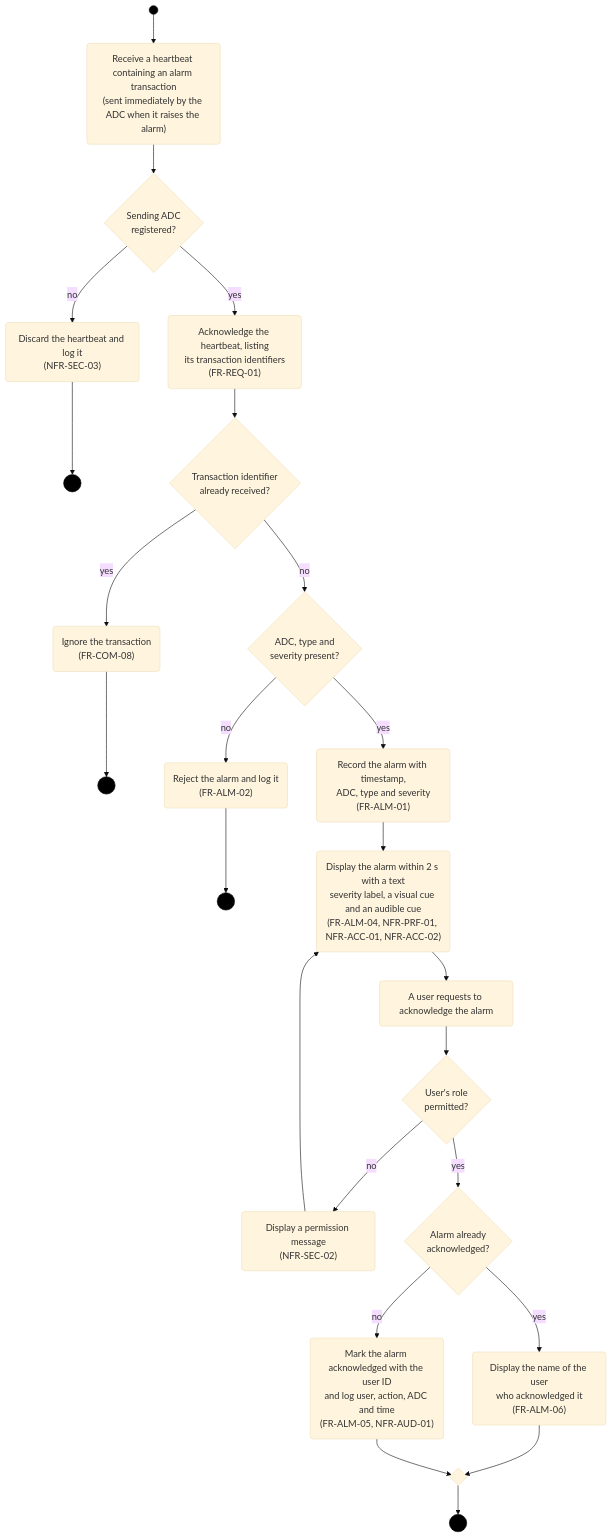
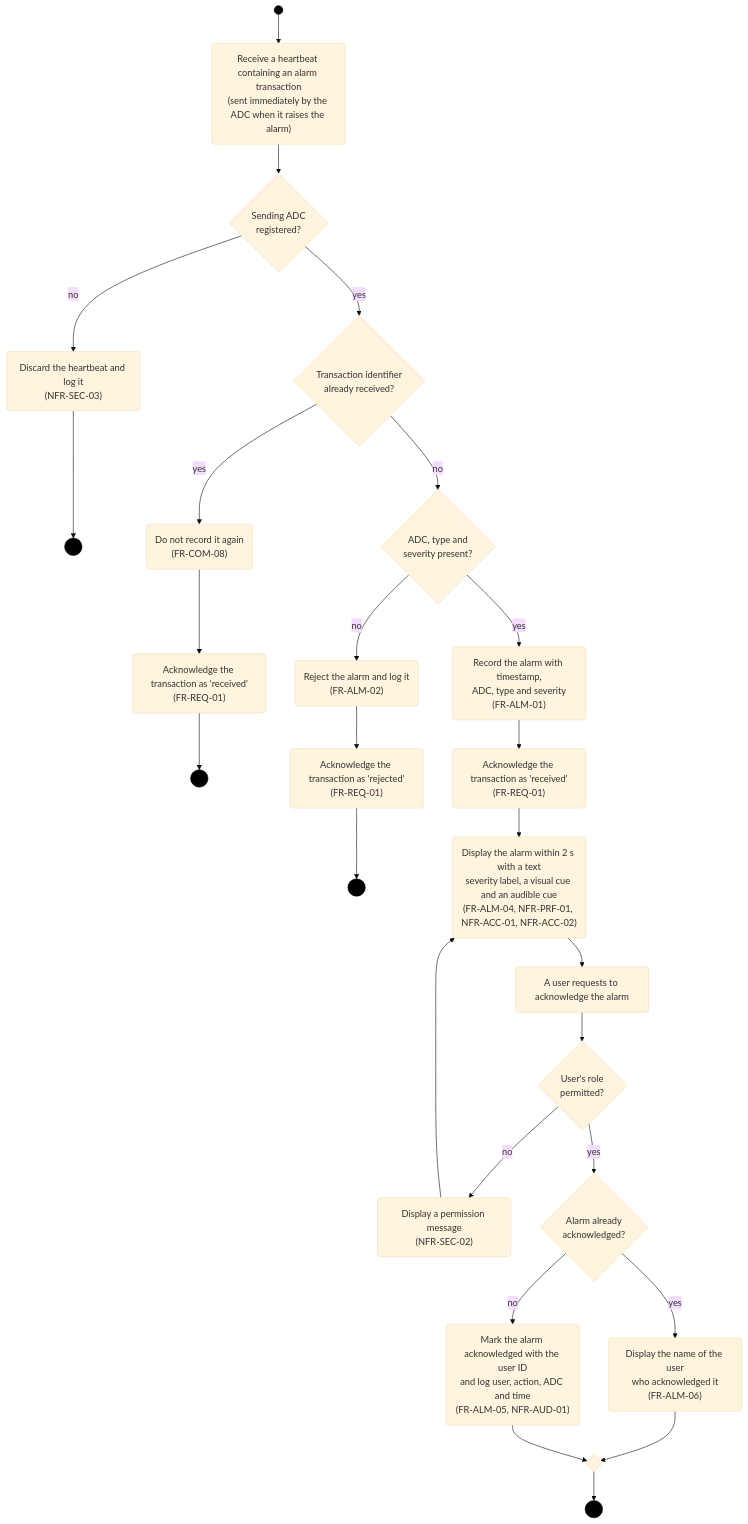
The second of 4 diagrams in docs/part-b/diagrams/activity-diagram.md (LukaMrt/3K04-project), drawn with Mermaid (base theme) before and after one commit. The commit also changed 4 other files, not shown here.

````diff
--- a/docs/part-b/diagrams/activity-diagram.md
+++ b/docs/part-b/diagrams/activity-diagram.md
@@ -33,31 +33,33 @@
 ```mermaid
 flowchart TD
     Start((" ")) --> Receive("Receive a heartbeat containing an alarm transaction<br/>(sent immediately by the ADC when it raises the alarm)")
     Receive --> Registered{"Sending ADC<br/>registered?"}
     Registered -- "no" --> Discard("Discard the heartbeat and log it<br/>(NFR-SEC-03)")
     Discard --> EndA(((" ")))
-    Registered -- "yes" --> Ack("Acknowledge the heartbeat, listing<br/>its transaction identifiers<br/>(FR-REQ-01)")
-    Ack --> Duplicate{"Transaction identifier<br/>already received?"}
-    Duplicate -- "yes" --> Ignore("Ignore the transaction<br/>(FR-COM-08)")
-    Ignore --> EndB(((" ")))
+    Registered -- "yes" --> Duplicate{"Transaction identifier<br/>already received?"}
+    Duplicate -- "yes" --> Skip("Do not record it again<br/>(FR-COM-08)")
+    Skip --> AckDup("Acknowledge the transaction as 'received'<br/>(FR-REQ-01)")
+    AckDup --> EndB(((" ")))
     Duplicate -- "no" --> Complete{"ADC, type and<br/>severity present?"}
     Complete -- "no" --> Reject("Reject the alarm and log it<br/>(FR-ALM-02)")
-    Reject --> EndC(((" ")))
+    Reject --> AckRej("Acknowledge the transaction as 'rejected'<br/>(FR-REQ-01)")
+    AckRej --> EndC(((" ")))
     Complete -- "yes" --> Record("Record the alarm with timestamp,<br/>ADC, type and severity<br/>(FR-ALM-01)")
-    Record --> Display("Display the alarm within 2 s with a text<br/>severity label, a visual cue and an audible cue<br/>(FR-ALM-04, NFR-PRF-01, NFR-ACC-01, NFR-ACC-02)")
+    Record --> AckOk("Acknowledge the transaction as 'received'<br/>(FR-REQ-01)")
+    AckOk --> Display("Display the alarm within 2 s with a text<br/>severity label, a visual cue and an audible cue<br/>(FR-ALM-04, NFR-PRF-01, NFR-ACC-01, NFR-ACC-02)")
     Display --> UserAck("A user requests to acknowledge the alarm")
     UserAck --> Permitted{"User's role<br/>permitted?"}
     Permitted -- "no" --> Denied("Display a permission message<br/>(NFR-SEC-02)")
     Denied --> Display
     Permitted -- "yes" --> Already{"Alarm already<br/>acknowledged?"}
     Already -- "yes" --> Inform("Display the name of the user<br/>who acknowledged it<br/>(FR-ALM-06)")
     Already -- "no" --> Mark("Mark the alarm acknowledged with the user ID<br/>and log user, action, ADC and time<br/>(FR-ALM-05, NFR-AUD-01)")
     Inform --> M{" "}
     Mark --> M
     M --> EndD(((" ")))
 
     classDef initial fill:#000,stroke:#000;
     classDef final fill:#000,stroke:#000;
     class Start initial;
     class EndA,EndB,EndC,EndD final;
 ```
````
